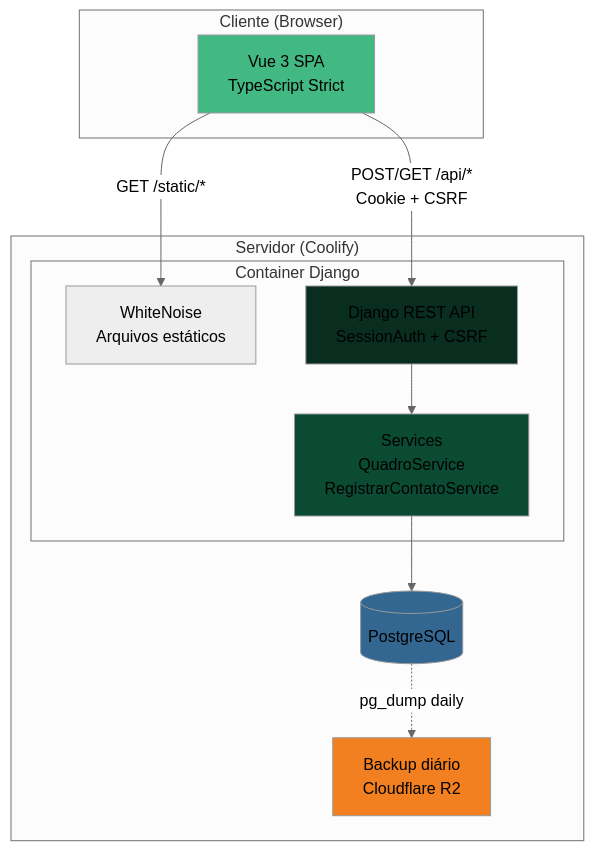
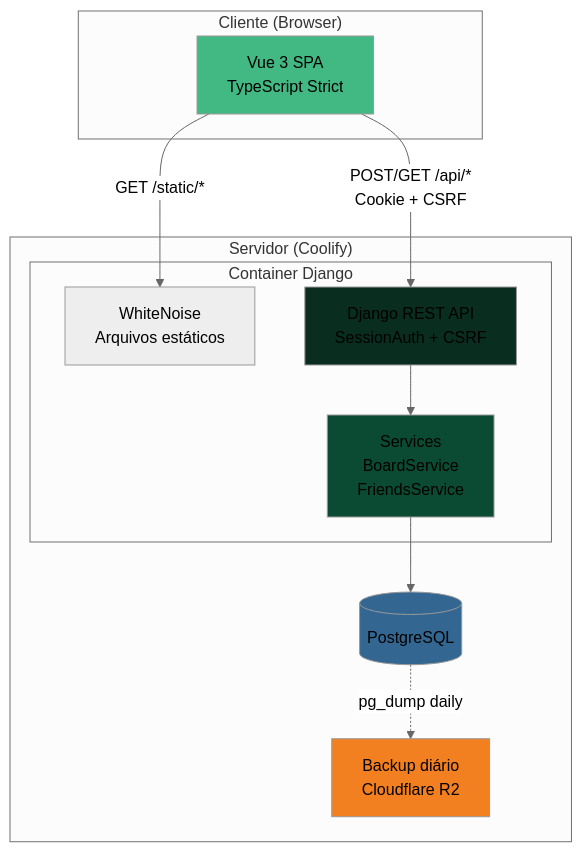
One commit to stephanto-dev/caderno-de-amigos changed the diagram in docs/arquitetura.md. Above: the diagram before and after it, drawn with Mermaid (neutral theme). The commit also changed other lines of this file and 14 other files, not shown here.

````diff
--- a/docs/arquitetura.md
+++ b/docs/arquitetura.md
@@ -107,28 +107,28 @@
 ```mermaid
 graph TB
     subgraph "Cliente (Browser)"
         Vue[Vue 3 SPA<br/>TypeScript Strict]
     end
 
     subgraph "Servidor (Coolify)"
         subgraph "Container Django"
             WN[WhiteNoise<br/>Arquivos estáticos]
             API[Django REST API<br/>SessionAuth + CSRF]
-            Services[Services<br/>QuadroService<br/>RegistrarContatoService]
+            Services[Services<br/>BoardService<br/>FriendsService]
         end
         DB[(PostgreSQL)]
         Backup[Backup diário<br/>Cloudflare R2]
     end
 
     Vue -->|GET /static/*| WN
     Vue -->|POST/GET /api/*<br/>Cookie + CSRF| API
     API --> Services
     Services --> DB
     DB -.->|pg_dump daily| Backup
 
     style Vue fill:#42b883
     style API fill:#092e20
     style Services fill:#0c4b33
     style DB fill:#336791
     style Backup fill:#f38020
 ```
````
